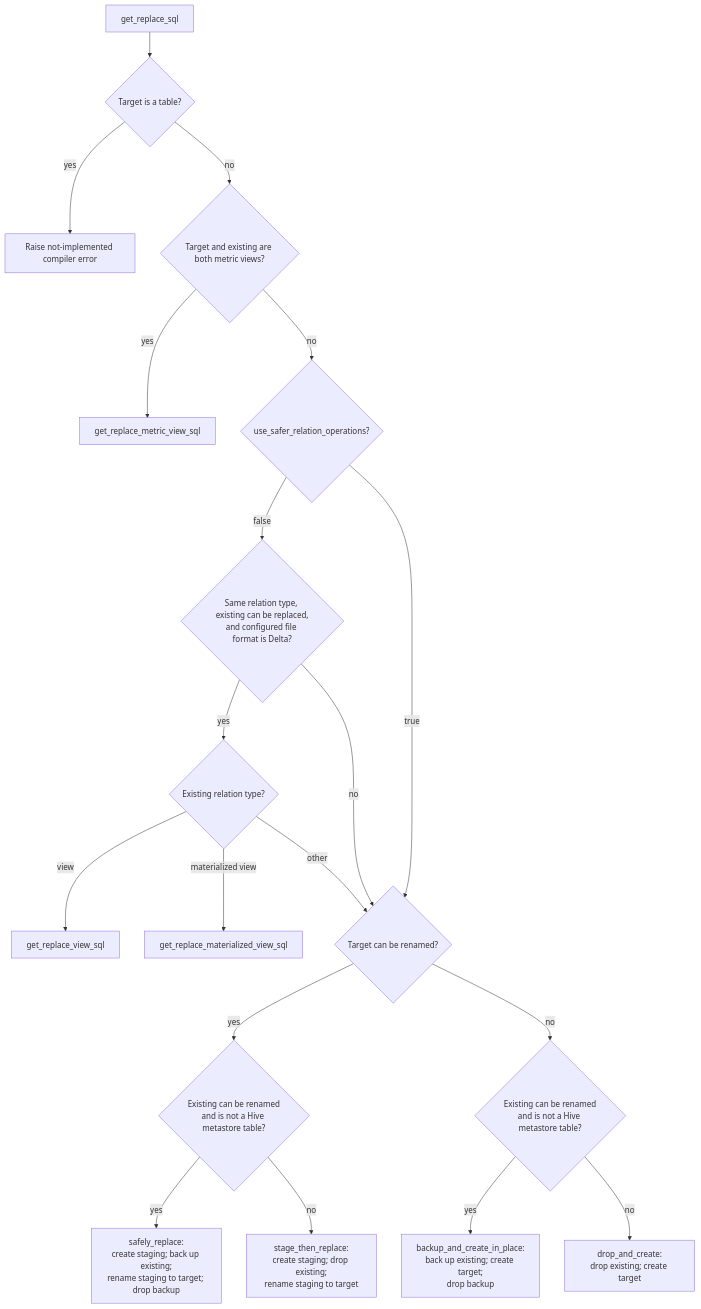
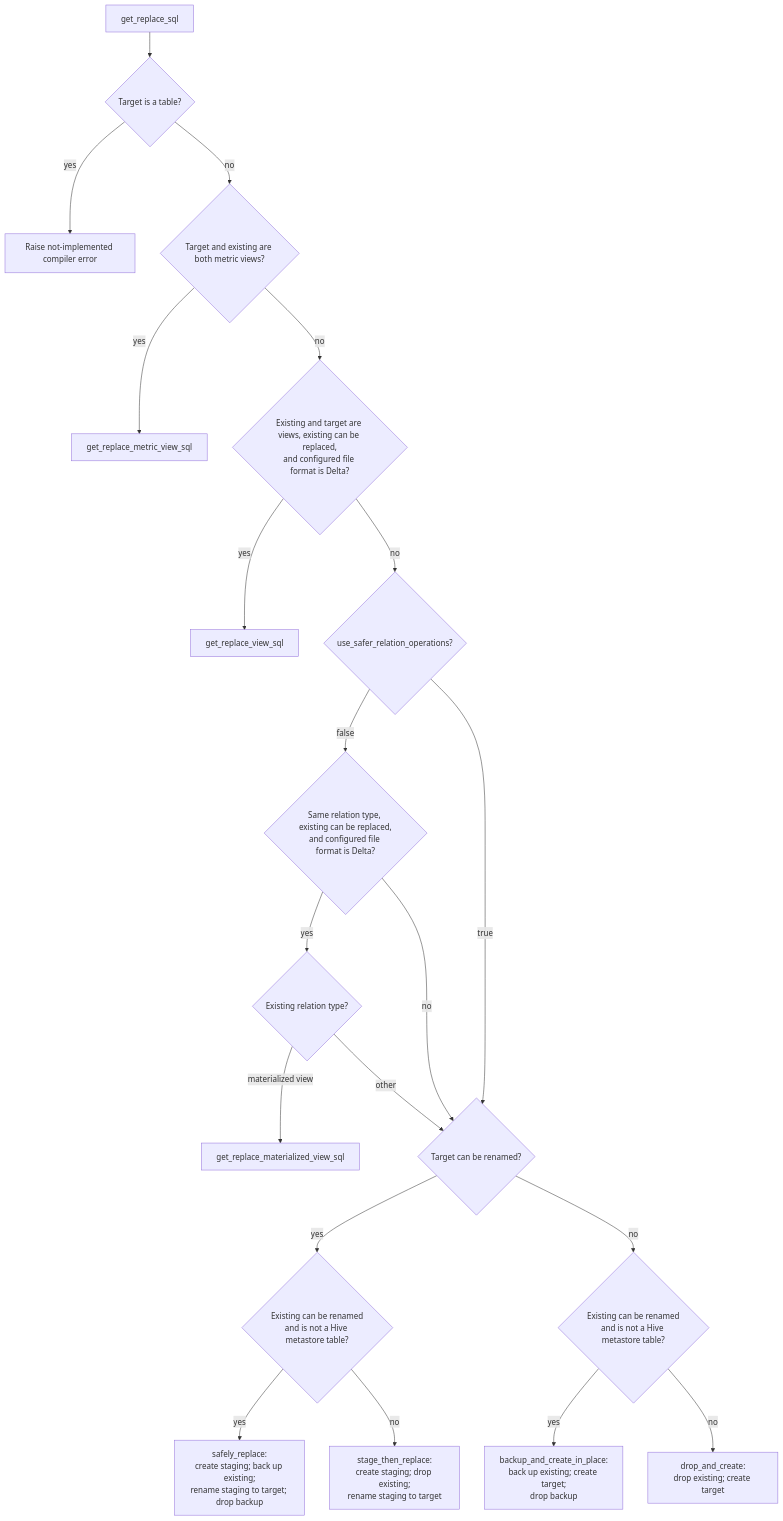
Before and after one commit to databricks/dbt-databricks: the diagram in docs/flow/replace_flow.md, drawn with Mermaid. The commit also changed other lines of this file and 5 other files, not shown here.

First line of the commit message:
fix: use CREATE OR REPLACE for view-to-view replaces in safer mode

````diff
--- a/docs/flow/replace_flow.md
+++ b/docs/flow/replace_flow.md
@@ -16,23 +16,24 @@
 ```mermaid
 flowchart TD
     START[get_replace_sql] --> TABLE{Target is a table?}
     TABLE -- yes --> ERROR[Raise not-implemented compiler error]
     TABLE -- no --> METRIC{Target and existing are both metric views?}
     METRIC -- yes --> METRICSQL[get_replace_metric_view_sql]
-    METRIC -- no --> SAFE{use_safer_relation_operations?}
+    METRIC -- no --> VIEW{"Existing and target are views, existing can be replaced,\nand configured file format is Delta?"}
+    VIEW -- yes --> VIEWSQL[get_replace_view_sql]
+    VIEW -- no --> SAFE{use_safer_relation_operations?}
 
     SAFE -- false --> DIRECT{"Same relation type, existing can be replaced,\nand configured file format is Delta?"}
     DIRECT -- yes --> TYPE{Existing relation type?}
-    TYPE -- view --> VIEWSQL[get_replace_view_sql]
     TYPE -- "materialized view" --> MVSQL[get_replace_materialized_view_sql]
     DIRECT -- no --> TARGETRENAME{Target can be renamed?}
     TYPE -- other --> TARGETRENAME
     SAFE -- true --> TARGETRENAME
 
     TARGETRENAME -- yes --> EXISTRENAME1{"Existing can be renamed\nand is not a Hive metastore table?"}
     TARGETRENAME -- no --> EXISTRENAME2{"Existing can be renamed\nand is not a Hive metastore table?"}
     EXISTRENAME1 -- yes --> SAFELY["safely_replace:<br/>create staging; back up existing;<br/>rename staging to target; drop backup"]
     EXISTRENAME1 -- no --> STAGE["stage_then_replace:<br/>create staging; drop existing;<br/>rename staging to target"]
     EXISTRENAME2 -- yes --> BACKUP["backup_and_create_in_place:<br/>back up existing; create target;<br/>drop backup"]
     EXISTRENAME2 -- no --> DROP["drop_and_create:<br/>drop existing; create target"]
 ```
````
